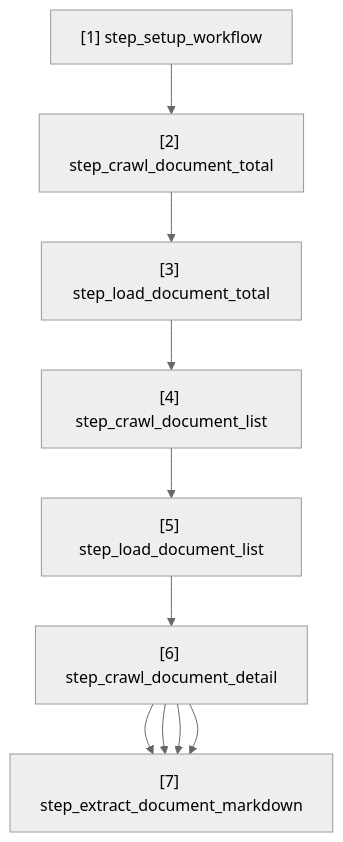
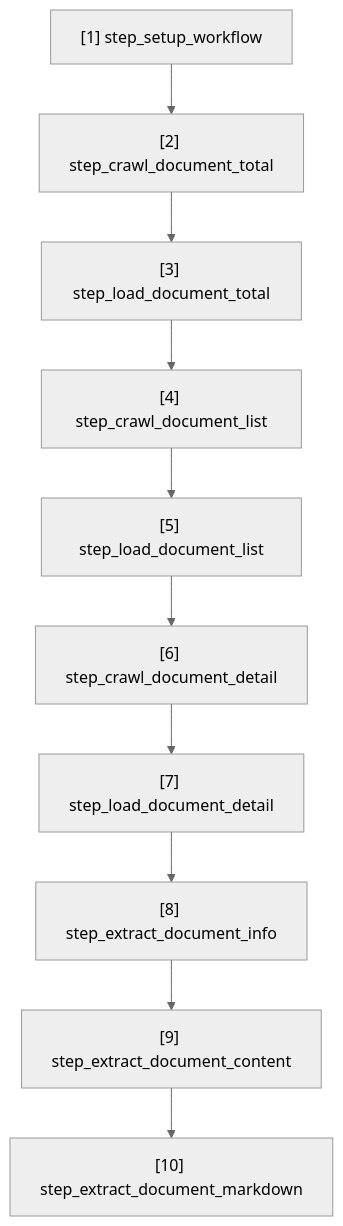
The diagram in docs/workflow.md (20206205Tech/data-pipeline-vbpl), drawn with Mermaid (neutral theme) before and after one commit. The commit also changed 7 other files, not shown here.

````diff
--- a/docs/workflow.md
+++ b/docs/workflow.md
@@ -3,24 +3,24 @@
 ```mermaid
 flowchart TD
     N1["[1] step_setup_workflow"]
     N2["[2] step_crawl_document_total"]
     N3["[3] step_load_document_total"]
     N4["[4] step_crawl_document_list"]
     N5["[5] step_load_document_list"]
     N6["[6] step_crawl_document_detail"]
     N7["[7] step_load_document_detail"]
-    N7["[7] step_extract_document_info"]
-    N7["[7] step_extract_document_content"]
-    N7["[7] step_extract_document_markdown"]
+    N8["[8] step_extract_document_info"]
+    N9["[9] step_extract_document_content"]
+    N10["[10] step_extract_document_markdown"]
 
     %% Các liên kết
     N1 --> N2
     N2 --> N3
     N3 --> N4
     N4 --> N5
     N5 --> N6
     N6 --> N7
-    N6 --> N7
-    N6 --> N7
-    N6 --> N7
+    N7 --> N8
+    N8 --> N9
+    N9 --> N10
 ```
````
